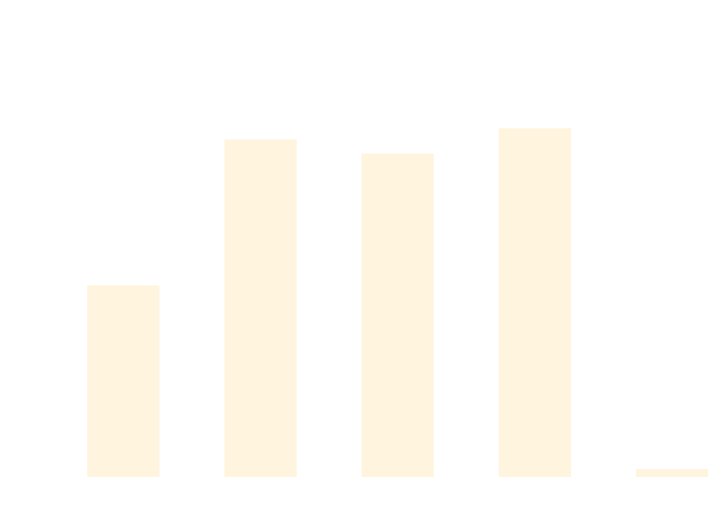
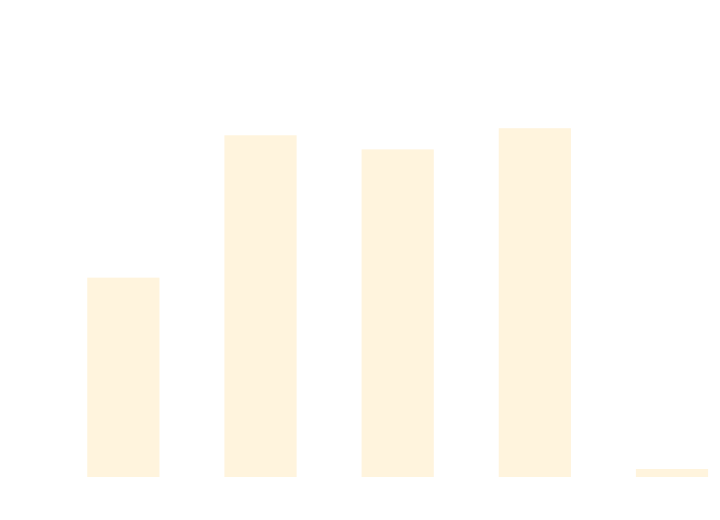
Before and after one commit to thomhurst/TUnit: the diagram in docs/docs/benchmarks/SetupTeardownTests.md, drawn with Mermaid. The commit also changed other lines of this file and 17 other files, not shown here.

````diff
--- a/docs/docs/benchmarks/SetupTeardownTests.md
+++ b/docs/docs/benchmarks/SetupTeardownTests.md
@@ -27,37 +27,37 @@
 ```mermaid
 %%{init: {
   'theme':'base',
   'themeVariables': {
     'primaryColor': '#2563eb',
     'primaryTextColor': '#ffffff',
     'primaryBorderColor': '#1e40af',
     'lineColor': '#6b7280',
     'secondaryColor': '#7c3aed',
     'tertiaryColor': '#dc2626',
     'background': '#ffffff',
     'mainBkg': '#2563eb',
     'secondBkg': '#7c3aed',
     'tertiaryBkg': '#dc2626',
     'clusterBkg': '#f3f4f6',
     'edgeLabelBackground': '#ffffff',
     'tertiaryTextColor': '#1f2937',
     'pie1': '#2563eb',
     'pie2': '#7c3aed',
     'pie3': '#dc2626',
     'pie4': '#f59e0b',
     'pie5': '#10b981',
     'pie6': '#06b6d4',
     'pie7': '#ec4899',
     'pie8': '#6366f1',
     'pie9': '#84cc16',
     'pie10': '#f97316',
     'pie11': '#14b8a6',
     'pie12': '#a855f7'
   }
 }}%%
 xychart-beta
   title "SetupTeardownTests Performance Comparison"
   x-axis ["TUnit", "NUnit", "MSTest", "xUnit3", "TUnit_AOT"]
-  y-axis "Time (ms)" 0 --> 1424
-  bar [639.4, 1147, 1098.1, 1186.2, 0]
+  y-axis "Time (ms)" 0 --> 1459
+  bar [682.6, 1190.5, 1140.1, 1215.6, 0]
 ```
````
